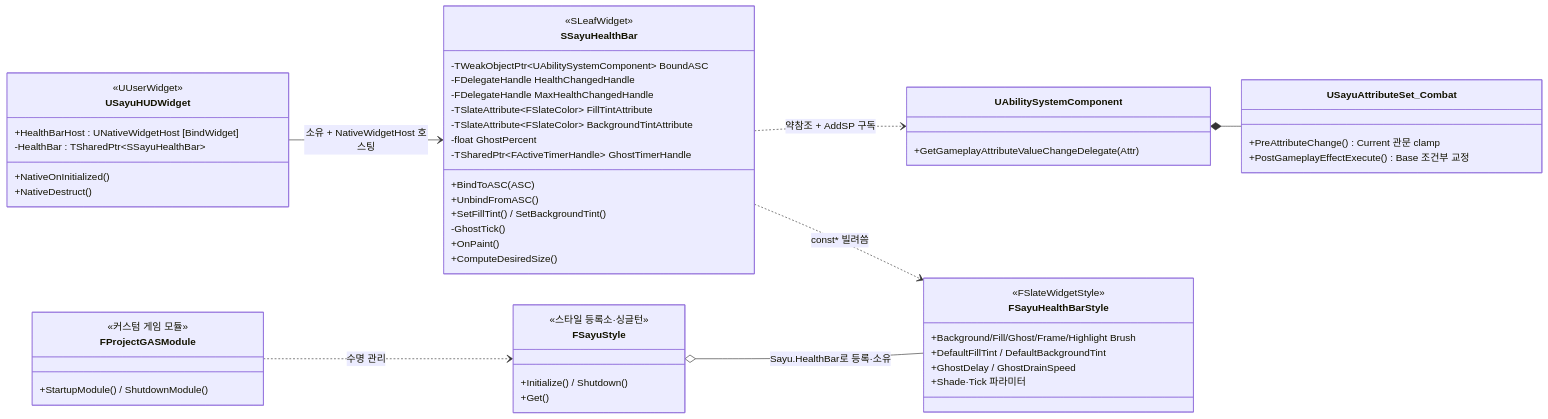
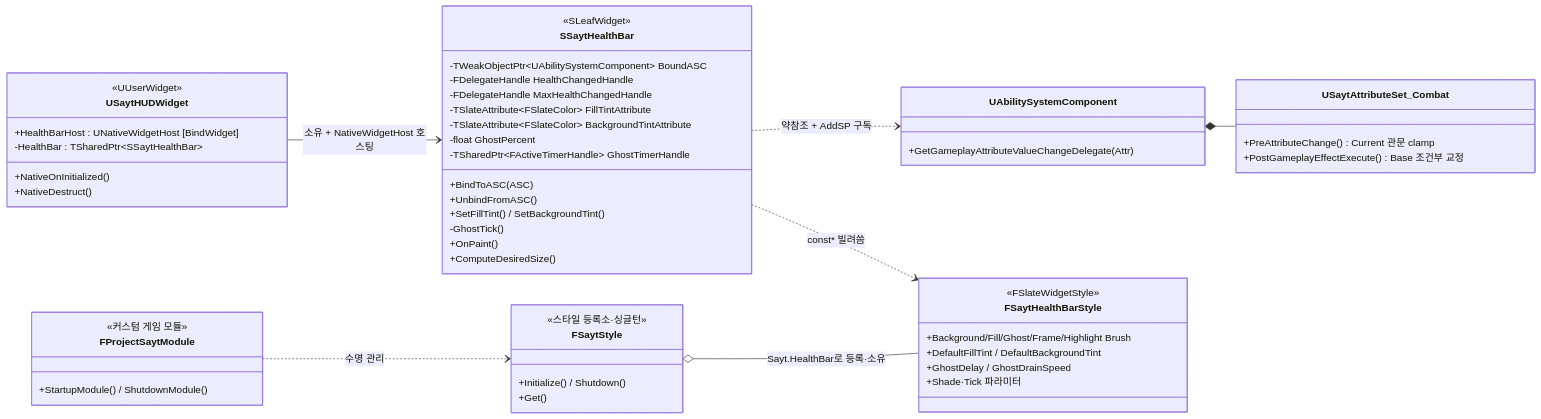
Before and after one commit to DaaE/ProjectSayt: the first of 2 diagrams in Docs/Diagrams/phase8_stage1.md, drawn with Mermaid. The commit also changed other lines of this file and 5 other files, not shown here.

````diff
--- a/Docs/Diagrams/phase8_stage1.md
+++ b/Docs/Diagrams/phase8_stage1.md
@@ -3,56 +3,56 @@
 ```mermaid
 classDiagram
     direction LR
-    class SSayuHealthBar {
+    class SSaytHealthBar {
         <<SLeafWidget>>
         -TWeakObjectPtr~UAbilitySystemComponent~ BoundASC
         -FDelegateHandle HealthChangedHandle
         -FDelegateHandle MaxHealthChangedHandle
         -TSlateAttribute~FSlateColor~ FillTintAttribute
         -TSlateAttribute~FSlateColor~ BackgroundTintAttribute
         -float GhostPercent
         -TSharedPtr~FActiveTimerHandle~ GhostTimerHandle
         +BindToASC(ASC)
         +UnbindFromASC()
         +SetFillTint() / SetBackgroundTint()
         -GhostTick()
         +OnPaint()
         +ComputeDesiredSize()
     }
-    class FSayuHealthBarStyle {
+    class FSaytHealthBarStyle {
         <<FSlateWidgetStyle>>
         +Background/Fill/Ghost/Frame/Highlight Brush
         +DefaultFillTint / DefaultBackgroundTint
         +GhostDelay / GhostDrainSpeed
         +Shade·Tick 파라미터
     }
-    class FSayuStyle {
+    class FSaytStyle {
         <<스타일 등록소·싱글턴>>
         +Initialize() / Shutdown()
         +Get()
     }
-    class USayuHUDWidget {
+    class USaytHUDWidget {
         <<UUserWidget>>
         +HealthBarHost : UNativeWidgetHost [BindWidget]
-        -HealthBar : TSharedPtr~SSayuHealthBar~
+        -HealthBar : TSharedPtr~SSaytHealthBar~
         +NativeOnInitialized()
         +NativeDestruct()
     }
     class UAbilitySystemComponent {
         +GetGameplayAttributeValueChangeDelegate(Attr)
     }
-    class USayuAttributeSet_Combat {
+    class USaytAttributeSet_Combat {
         +PreAttributeChange() Current 관문 clamp
         +PostGameplayEffectExecute() Base 조건부 교정
     }
-    class FProjectGASModule {
+    class FProjectSaytModule {
         <<커스텀 게임 모듈>>
         +StartupModule() / ShutdownModule()
     }
-    USayuHUDWidget --> SSayuHealthBar : 소유 + NativeWidgetHost 호스팅
-    SSayuHealthBar ..> UAbilitySystemComponent : 약참조 + AddSP 구독
-    UAbilitySystemComponent *-- USayuAttributeSet_Combat
-    SSayuHealthBar ..> FSayuHealthBarStyle : const* 빌려씀
-    FSayuStyle o-- FSayuHealthBarStyle : Sayu.HealthBar로 등록·소유
-    FProjectGASModule ..> FSayuStyle : 수명 관리
+    USaytHUDWidget --> SSaytHealthBar : 소유 + NativeWidgetHost 호스팅
+    SSaytHealthBar ..> UAbilitySystemComponent : 약참조 + AddSP 구독
+    UAbilitySystemComponent *-- USaytAttributeSet_Combat
+    SSaytHealthBar ..> FSaytHealthBarStyle : const* 빌려씀
+    FSaytStyle o-- FSaytHealthBarStyle : Sayt.HealthBar로 등록·소유
+    FProjectSaytModule ..> FSaytStyle : 수명 관리
 ```
````
